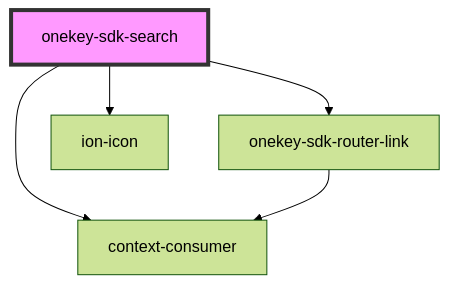
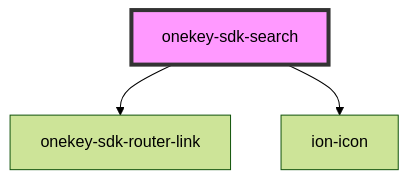
Before and after one commit to hcl-sdk/HealthCareLocatorWebSDK: the diagram in docs/components/screens/onekey-sdk-search/readme.md, drawn with Mermaid (forest theme). The commit also changed other lines of this file and 181 other files, not shown here.

````diff
--- a/docs/components/screens/onekey-sdk-search/readme.md
+++ b/docs/components/screens/onekey-sdk-search/readme.md
@@ -26,8 +16,6 @@
 ```mermaid
 graph TD;
   onekey-sdk-search --> onekey-sdk-router-link
   onekey-sdk-search --> ion-icon
-  onekey-sdk-search --> context-consumer
-  onekey-sdk-router-link --> context-consumer
   style onekey-sdk-search fill:#f9f,stroke:#333,stroke-width:4px
 ```
````
